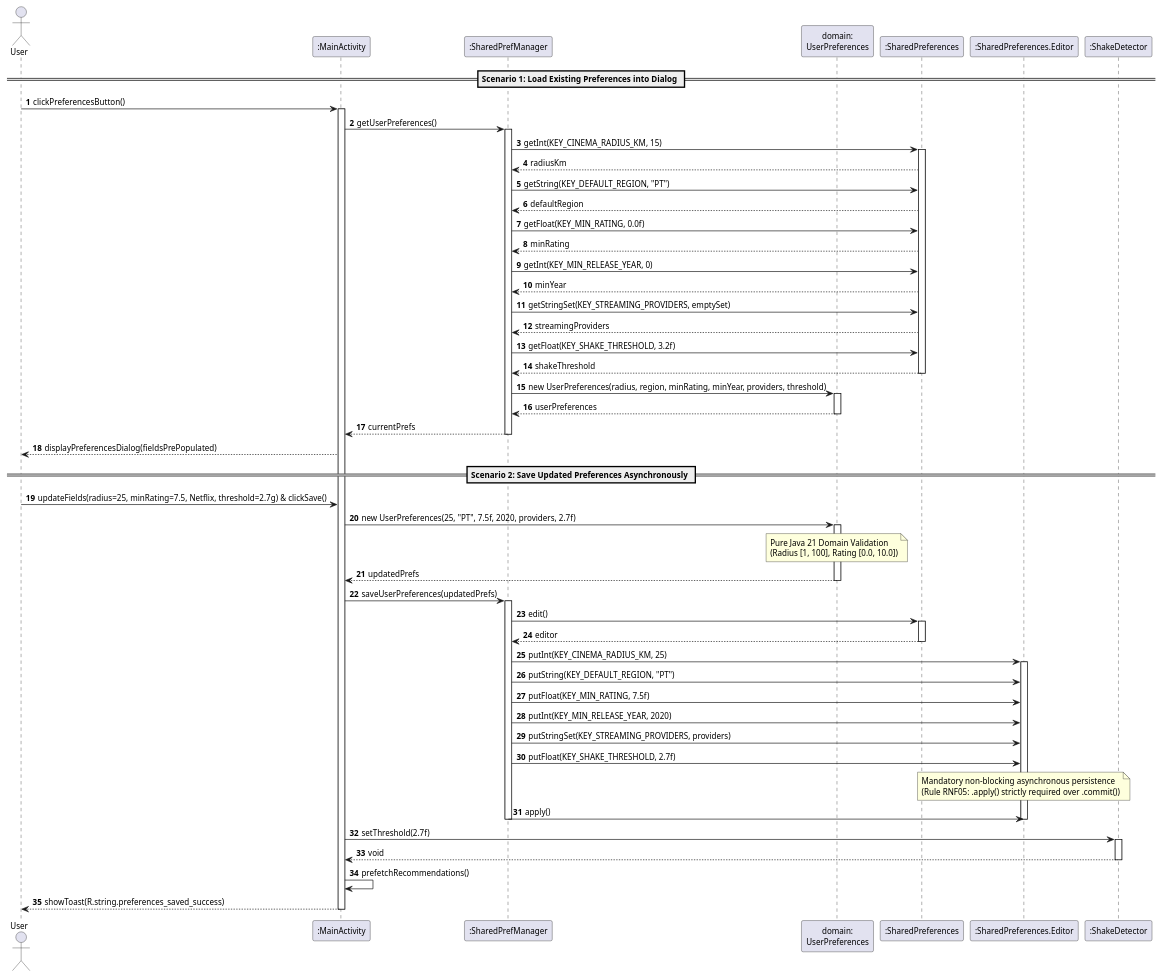
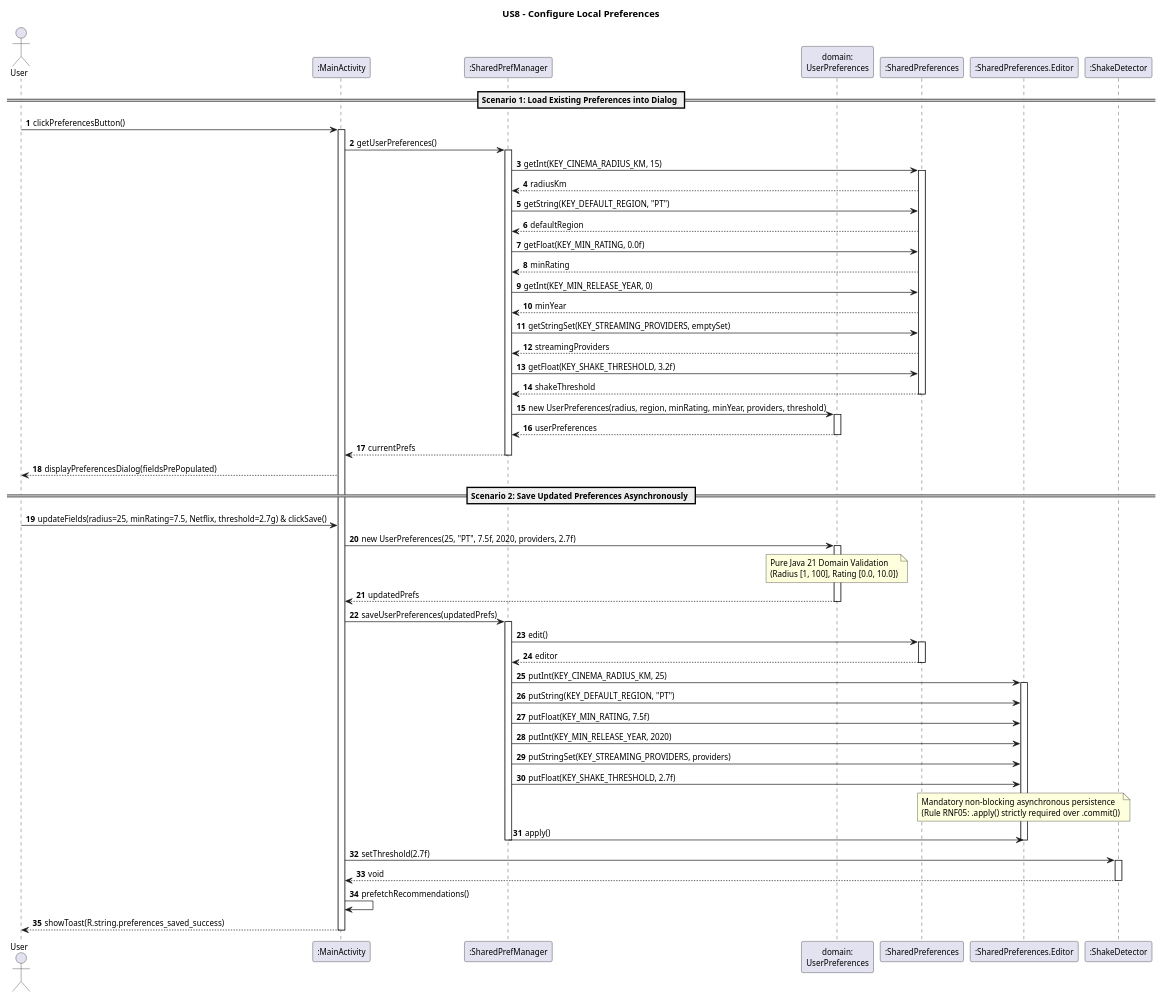
Before and after one commit to Andre-1240567/DSSMV_ProjectDroid_1240567_1241013: the diagram in docs/Use Cases/US8/puml/sd_us8_preferences.puml, drawn with PlantUML. The commit also changed 62 other files, not shown here.

Commit message:
docs: add standard 'USX - (Functionality)' titles to all sequence diagrams

```diff
--- a/docs/Use Cases/US8/puml/sd_us8_preferences.puml
+++ b/docs/Use Cases/US8/puml/sd_us8_preferences.puml
@@ -1,90 +1,92 @@
 @startuml
 skinparam monochrome false
 skinparam shadowing false
 skinparam defaultFontName "Helvetica, Arial, sans-serif"
 skinparam defaultFontSize 12
+
+title US8 - Configure Local Preferences
 
 actor "User" as User
 participant ":MainActivity" as Activity
 participant ":SharedPrefManager" as PrefMgr
 participant "domain:\nUserPreferences" as DomainPrefs
 participant ":SharedPreferences" as SharedPreferences
 participant ":SharedPreferences.Editor" as PrefEditor
 participant ":ShakeDetector" as ShakeDet
 
 autonumber
 
 == Scenario 1: Load Existing Preferences into Dialog ==
 
 User -> Activity : clickPreferencesButton()
 activate Activity
 
 Activity -> PrefMgr : getUserPreferences()
 activate PrefMgr
 
 PrefMgr -> SharedPreferences : getInt(KEY_CINEMA_RADIUS_KM, 15)
 activate SharedPreferences
 SharedPreferences --> PrefMgr : radiusKm
 PrefMgr -> SharedPreferences : getString(KEY_DEFAULT_REGION, "PT")
 SharedPreferences --> PrefMgr : defaultRegion
 PrefMgr -> SharedPreferences : getFloat(KEY_MIN_RATING, 0.0f)
 SharedPreferences --> PrefMgr : minRating
 PrefMgr -> SharedPreferences : getInt(KEY_MIN_RELEASE_YEAR, 0)
 SharedPreferences --> PrefMgr : minYear
 PrefMgr -> SharedPreferences : getStringSet(KEY_STREAMING_PROVIDERS, emptySet)
 SharedPreferences --> PrefMgr : streamingProviders
 PrefMgr -> SharedPreferences : getFloat(KEY_SHAKE_THRESHOLD, 3.2f)
 SharedPreferences --> PrefMgr : shakeThreshold
 deactivate SharedPreferences
 
 PrefMgr -> DomainPrefs : new UserPreferences(radius, region, minRating, minYear, providers, threshold)
 activate DomainPrefs
 DomainPrefs --> PrefMgr : userPreferences
 deactivate DomainPrefs
 
 PrefMgr --> Activity : currentPrefs
 deactivate PrefMgr
 
 Activity --> User : displayPreferencesDialog(fieldsPrePopulated)
 
 == Scenario 2: Save Updated Preferences Asynchronously ==
 
 User -> Activity : updateFields(radius=25, minRating=7.5, Netflix, threshold=2.7g) & clickSave()
 
 Activity -> DomainPrefs : new UserPreferences(25, "PT", 7.5f, 2020, providers, 2.7f)
 activate DomainPrefs
 note over DomainPrefs: Pure Java 21 Domain Validation\n(Radius [1, 100], Rating [0.0, 10.0])
 DomainPrefs --> Activity : updatedPrefs
 deactivate DomainPrefs
 
 Activity -> PrefMgr : saveUserPreferences(updatedPrefs)
 activate PrefMgr
 
 PrefMgr -> SharedPreferences : edit()
 activate SharedPreferences
 SharedPreferences --> PrefMgr : editor
 deactivate SharedPreferences
 
 PrefMgr -> PrefEditor : putInt(KEY_CINEMA_RADIUS_KM, 25)
 activate PrefEditor
 PrefMgr -> PrefEditor : putString(KEY_DEFAULT_REGION, "PT")
 PrefMgr -> PrefEditor : putFloat(KEY_MIN_RATING, 7.5f)
 PrefMgr -> PrefEditor : putInt(KEY_MIN_RELEASE_YEAR, 2020)
 PrefMgr -> PrefEditor : putStringSet(KEY_STREAMING_PROVIDERS, providers)
 PrefMgr -> PrefEditor : putFloat(KEY_SHAKE_THRESHOLD, 2.7f)
 
 note over PrefEditor: Mandatory non-blocking asynchronous persistence\n(Rule RNF05: .apply() strictly required over .commit())
 PrefMgr -> PrefEditor : apply()
 deactivate PrefEditor
 deactivate PrefMgr
 
 Activity -> ShakeDet : setThreshold(2.7f)
 activate ShakeDet
 ShakeDet --> Activity : void
 deactivate ShakeDet
 
 Activity -> Activity : prefetchRecommendations()
 Activity --> User : showToast(R.string.preferences_saved_success)
 deactivate Activity
 
 @enduml
```
